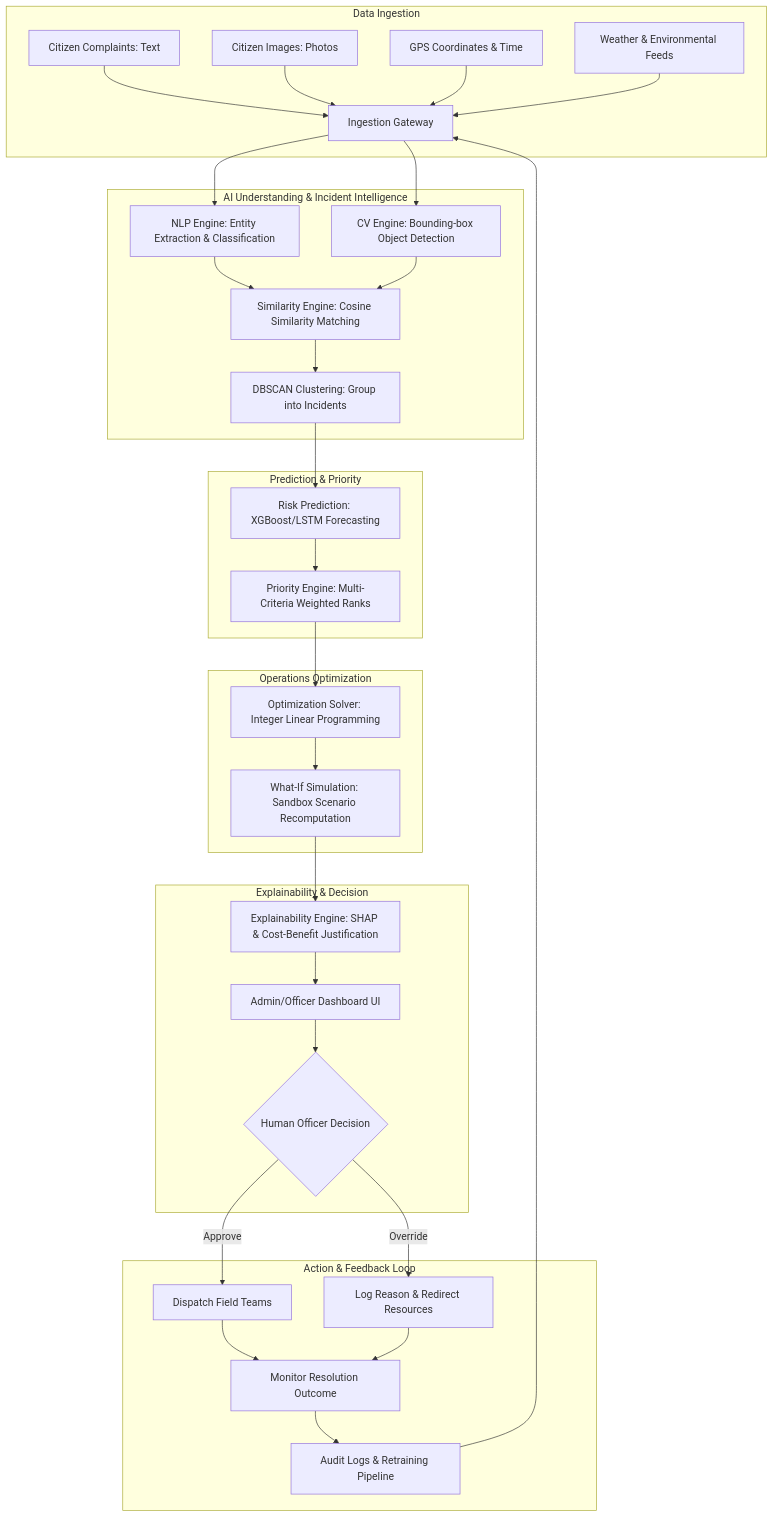
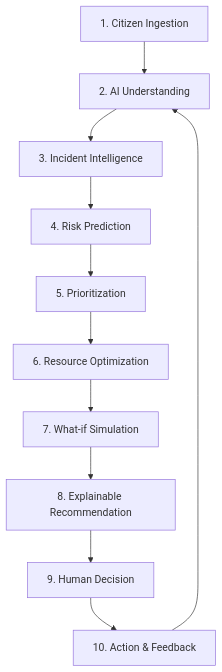
Before and after one commit to Sanjay-Mathivanan/DecisionOS: the diagram in docs/01-overview/01-project-overview.md, drawn with Mermaid. The commit also changed other lines of this file and 3 other files, not shown here.

````diff
--- a/docs/01-overview/01-project-overview.md
+++ b/docs/01-overview/01-project-overview.md
@@ -14,40 +18,13 @@
 ```mermaid
 flowchart TD
-    subgraph Data Ingestion
-        A[Citizen Complaints: Text] --> Ingest[Ingestion Gateway]
-        B[Citizen Images: Photos] --> Ingest
-        C[GPS Coordinates & Time] --> Ingest
-        D[Weather & Environmental Feeds] --> Ingest
-    end
-
-    subgraph AI Understanding & Incident Intelligence
-        Ingest --> NLP[NLP Engine: Entity Extraction & Classification]
-        Ingest --> CV[CV Engine: Bounding-box Object Detection]
-        NLP & CV --> Sim[Similarity Engine: Cosine Similarity Matching]
-        Sim --> Cluster[DBSCAN Clustering: Group into Incidents]
-    end
-
-    subgraph Prediction & Priority
-        Cluster --> Pred[Risk Prediction: XGBoost/LSTM Forecasting]
-        Pred --> Priority[Priority Engine: Multi-Criteria Weighted Ranks]
-    end
-
-    subgraph Operations Optimization
-        Priority --> Opt[Optimization Solver: Integer Linear Programming]
-        Opt --> Simu[What-If Simulation: Sandbox Scenario Recomputation]
-    end
-
-    subgraph Explainability & Decision
-        Simu --> XAI[Explainability Engine: SHAP & Cost-Benefit Justification]
-        XAI --> AdminDash[Admin/Officer Dashboard UI]
-        AdminDash --> Decision{Human Officer Decision}
-    end
-
-    subgraph Action & Feedback Loop
-        Decision -->|Approve| Action[Dispatch Field Teams]
-        Decision -->|Override| Override[Log Reason & Redirect Resources]
-        Action & Override --> Outcome[Monitor Resolution Outcome]
-        Outcome --> Feedback[Audit Logs & Retraining Pipeline]
-        Feedback --> Ingest
-    end
+    A[1. Citizen Ingestion] --> B[2. AI Understanding]
+    B --> C[3. Incident Intelligence]
+    C --> D[4. Risk Prediction]
+    D --> E[5. Prioritization]
+    E --> F[6. Resource Optimization]
+    F --> G[7. What-if Simulation]
+    G --> H[8. Explainable Recommendation]
+    H --> I[9. Human Decision]
+    I --> J[10. Action & Feedback]
+    J --> B
 ```
````
